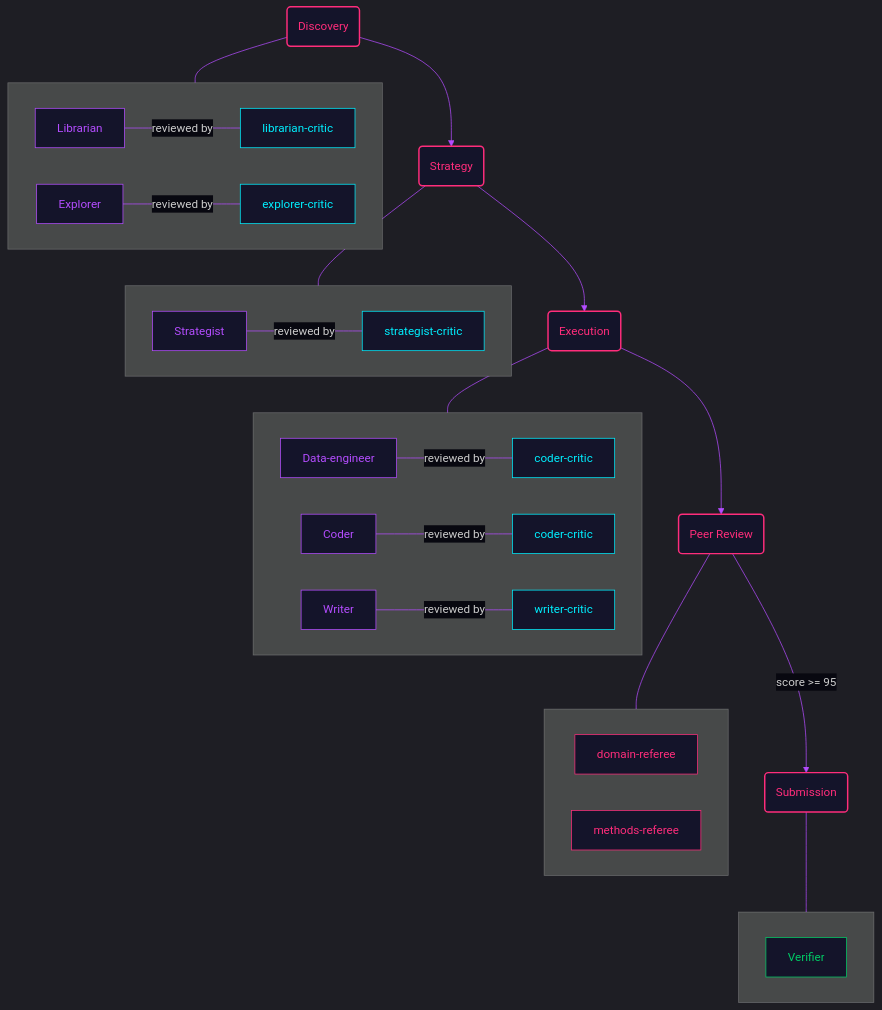
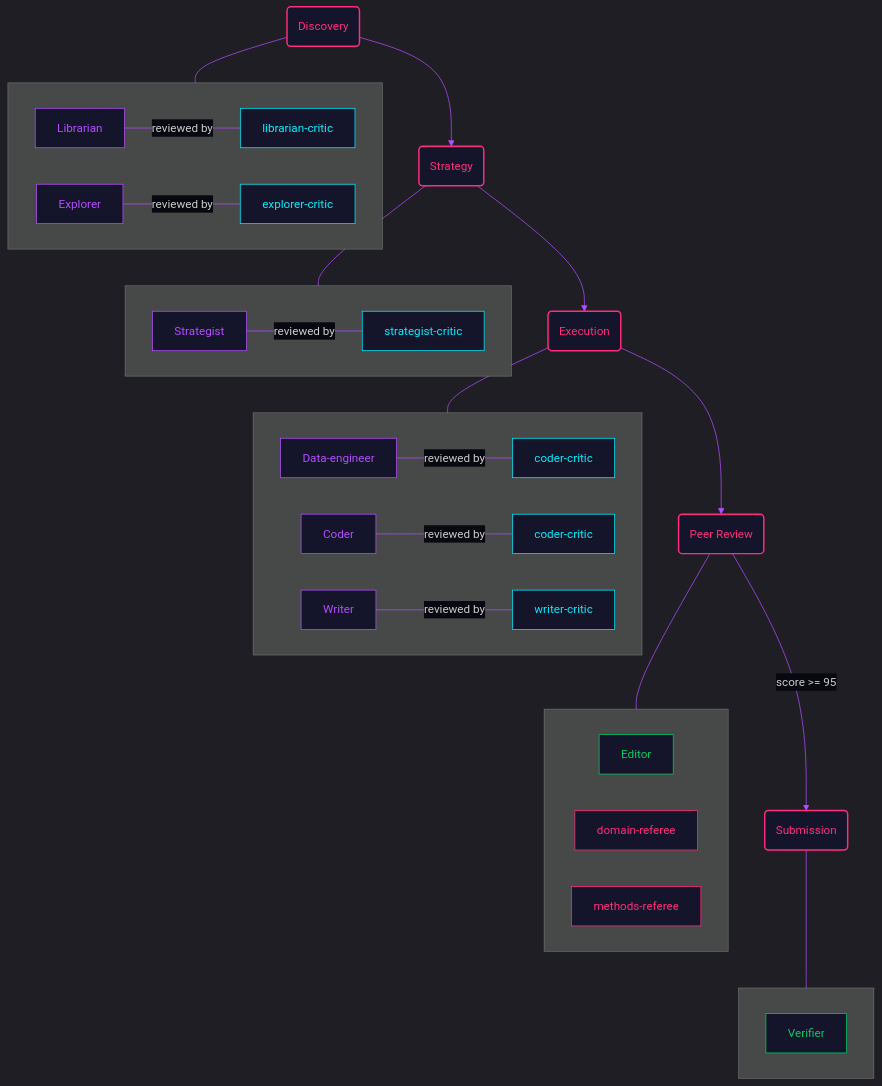
The third of 4 diagrams in guide/architecture.qmd (patrickjcrawford/cc-research-assistant), drawn with Mermaid before and after one commit. The commit also changed other lines of this file and 143 other files, not shown here.

````diff
--- a/guide/architecture.qmd
+++ b/guide/architecture.qmd
@@ -147,53 +149,54 @@
 ```{mermaid}
 %%{init: {'theme': 'dark', 'themeVariables': {'primaryColor': '#14142a', 'primaryTextColor': '#d0d0e0', 'primaryBorderColor': '#b44dff', 'lineColor': '#b44dff', 'secondaryColor': '#0c0c18', 'tertiaryColor': '#080810', 'edgeLabelBackground': '#080810'}}}%%
 flowchart TD
     P1:::phase --> P2:::phase
     P2 --> P3:::phase
     P3 --> P4:::phase
     P4 -->|score >= 95| P5:::phase
 
     P1(Discovery)
     P2(Strategy)
     P3(Execution)
     P4(Peer Review)
     P5(Submission)
 
     subgraph s1 [" "]
         direction LR
         L[Librarian]:::worker ---|reviewed by| LC[librarian-critic]:::critic
         X[Explorer]:::worker ---|reviewed by| XC[explorer-critic]:::critic
     end
 
     subgraph s2 [" "]
         ST[Strategist]:::worker ---|reviewed by| STC[strategist-critic]:::critic
     end
 
     subgraph s3 [" "]
         direction LR
         DE[Data-engineer]:::worker ---|reviewed by| CC1[coder-critic]:::critic
         CO[Coder]:::worker ---|reviewed by| CC2[coder-critic]:::critic
         WR[Writer]:::worker ---|reviewed by| WC[writer-critic]:::critic
     end
 
     subgraph s4 [" "]
         direction LR
+        ED[Editor]:::infra
         DR[domain-referee]:::referee
         MR[methods-referee]:::referee
     end
 
     subgraph s5 [" "]
         VE[Verifier]:::infra
     end
 
     P1 --- s1
     P2 --- s2
     P3 --- s3
     P4 --- s4
     P5 --- s5
 
     classDef phase fill:#14142a,stroke:#ff2d7b,color:#ff2d7b,stroke-width:2px
     classDef worker fill:#14142a,stroke:#b44dff,color:#b44dff,stroke-width:1px
     classDef critic fill:#14142a,stroke:#00f0ff,color:#00f0ff,stroke-width:1px
     classDef referee fill:#14142a,stroke:#ff2d7b,color:#ff2d7b,stroke-width:1px
     classDef infra fill:#14142a,stroke:#00cc66,color:#00cc66,stroke-width:1px
 ```
````
